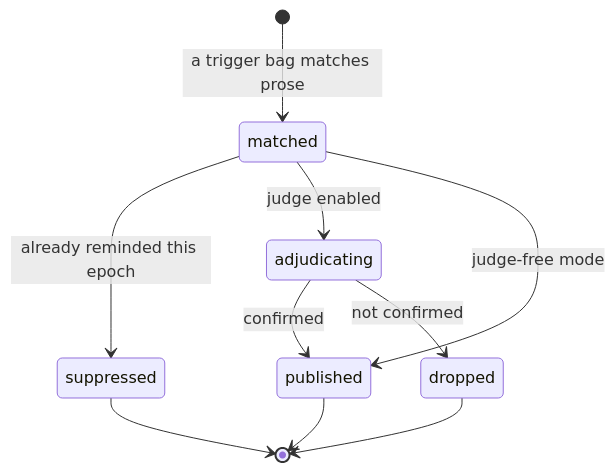
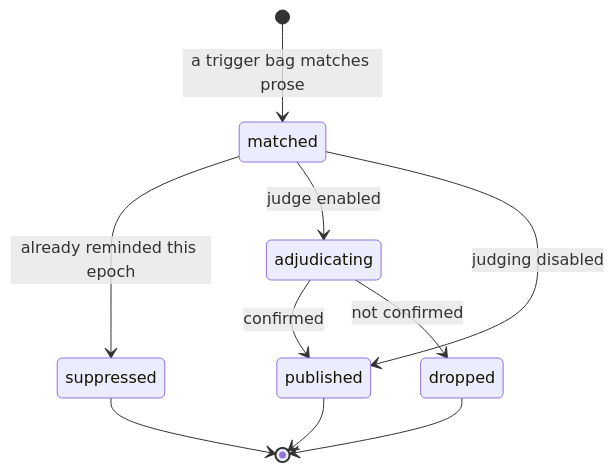
Diagram 17 of 19 in docs/product/model/states.md (infimalabs/spice-rust), drawn with Mermaid before and after one commit. The commit also changed other lines of this file and 71 other files, not shown here.

````diff
--- a/docs/product/model/states.md
+++ b/docs/product/model/states.md
@@ -259,12 +395,12 @@
 ```mermaid
 stateDiagram-v2
   [*] --> matched: a trigger bag matches prose
   matched --> suppressed: already reminded this epoch
   matched --> adjudicating: judge enabled
   adjudicating --> published: confirmed
   adjudicating --> dropped: not confirmed
-  matched --> published: judge-free mode
+  matched --> published: judging disabled
   published --> [*]
   suppressed --> [*]
   dropped --> [*]
 ```
````
